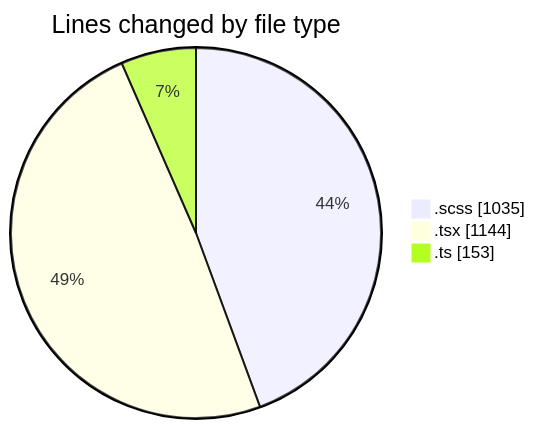
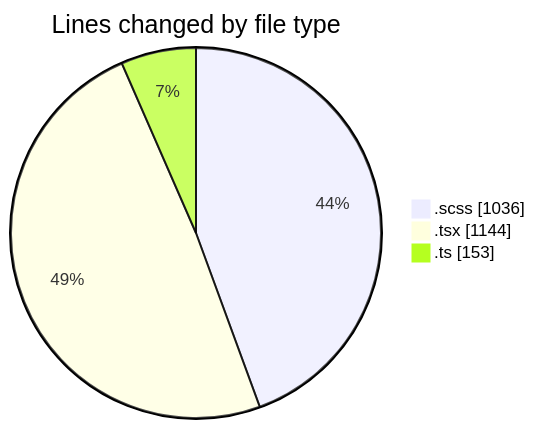
One commit to momahboobian/code-tracking changed the first of 2 diagrams in 2025-03-28/cda/README.md. Above: the diagram before and after it, drawn with Mermaid. The commit also changed other lines of this file and 1 other file, not shown here.

````diff
--- a/2025-03-28/cda/README.md
+++ b/2025-03-28/cda/README.md
@@ -26,7 +26,7 @@
 ```mermaid
 pie showData
 title Lines changed by file type
-".scss" : 1035
+".scss" : 1036
 ".tsx" : 1144
 ".ts" : 153
 ```
````
